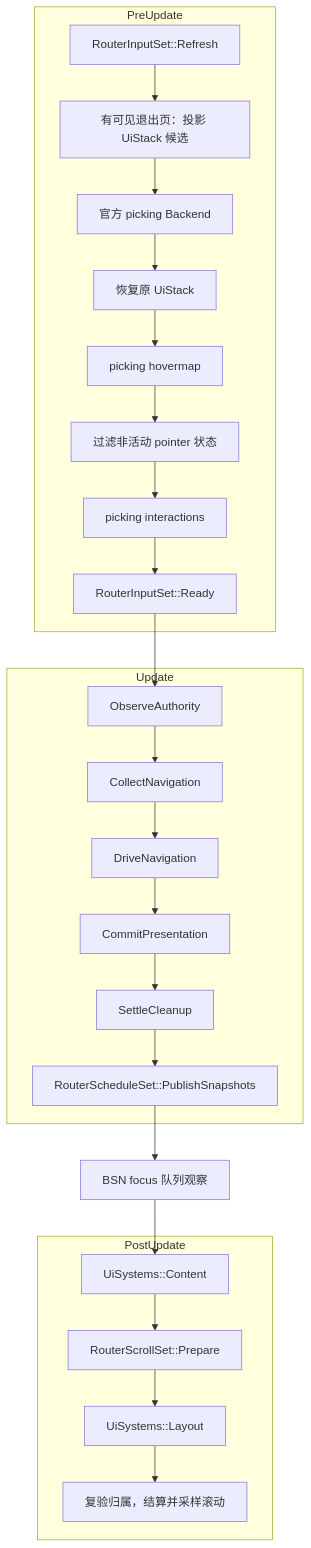
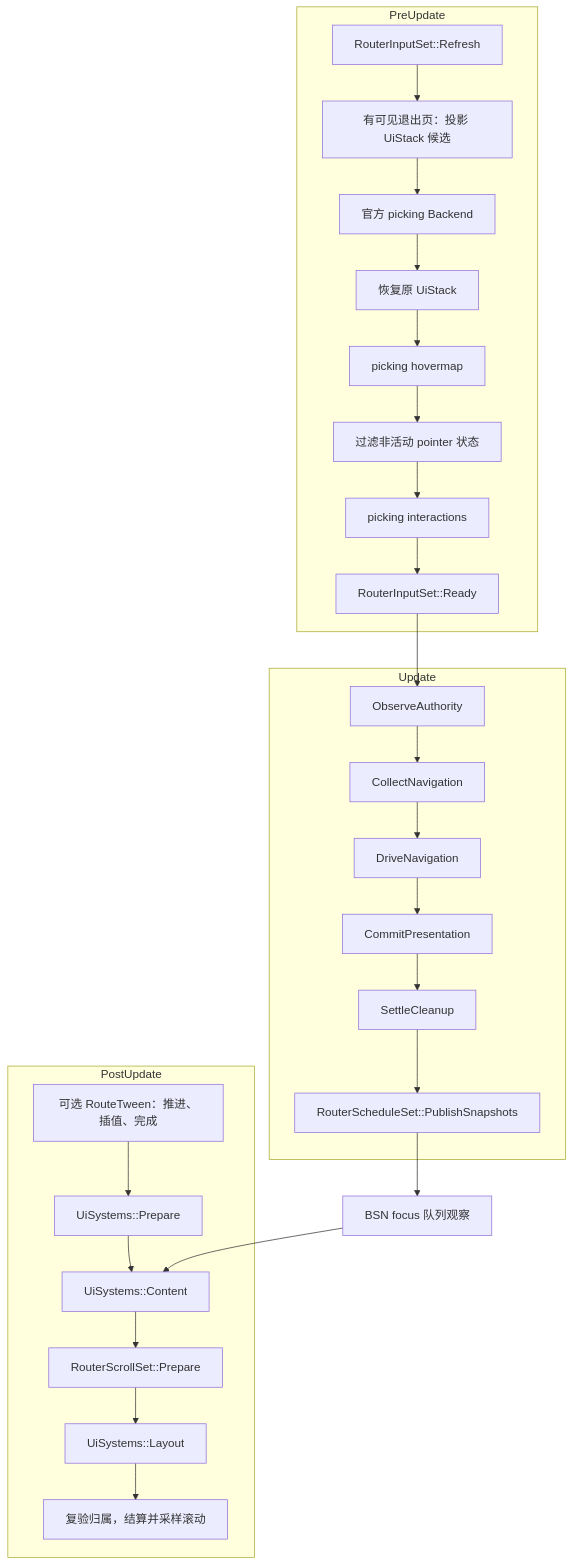
One commit to shengyusi-SYS/bevy_ui_router changed the third of 3 diagrams in docs/architecture/runtime.md. Above: the diagram before and after it, drawn with Mermaid. The commit also changed other lines of this file and 25 other files, not shown here.

````diff
--- a/docs/architecture/runtime.md
+++ b/docs/architecture/runtime.md
@@ -89,27 +98,29 @@
 ```mermaid
 flowchart TB
     subgraph PreUpdate
         Refresh["RouterInputSet::Refresh"] --> Candidates["有可见退出页：投影 UiStack 候选"]
         Candidates --> Backend["官方 picking Backend"]
         Backend --> Restore["恢复原 UiStack"]
         Restore --> HoverMap["picking hovermap"]
         HoverMap --> Filter["过滤非活动 pointer 状态"]
         Filter --> Interaction["picking interactions"]
         Interaction --> Ready["RouterInputSet::Ready"]
     end
     subgraph Update
         Observe["ObserveAuthority"] --> Collect["CollectNavigation"]
         Collect --> Drive["DriveNavigation"]
         Drive --> Commit["CommitPresentation"]
         Commit --> Cleanup["SettleCleanup"]
         Cleanup --> Publish["RouterScheduleSet::PublishSnapshots"]
     end
     subgraph PostUpdate
+        Tween["可选 RouteTween：推进、插值、完成"] --> UiPrepare["UiSystems::Prepare"]
+        UiPrepare --> Content
         Content["UiSystems::Content"] --> Prepare["RouterScrollSet::Prepare"]
         Prepare --> Layout["UiSystems::Layout"]
         Layout --> Scroll["复验归属，结算并采样滚动"]
     end
     Ready --> Observe
     Publish --> Focus["BSN focus 队列观察"]
     Focus --> Content
 ```
````
